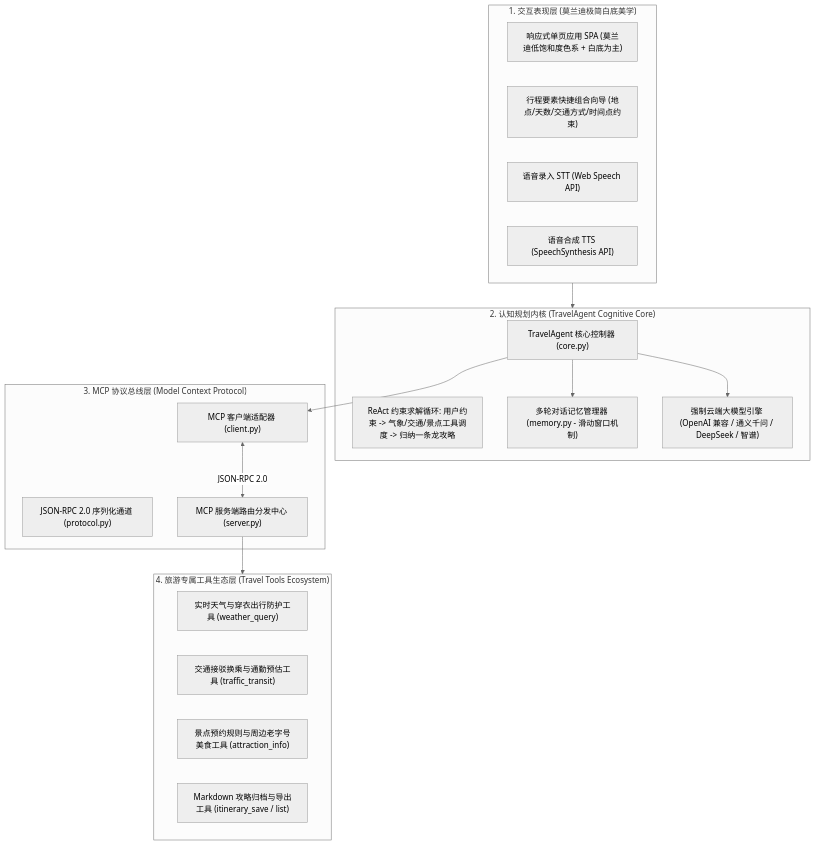
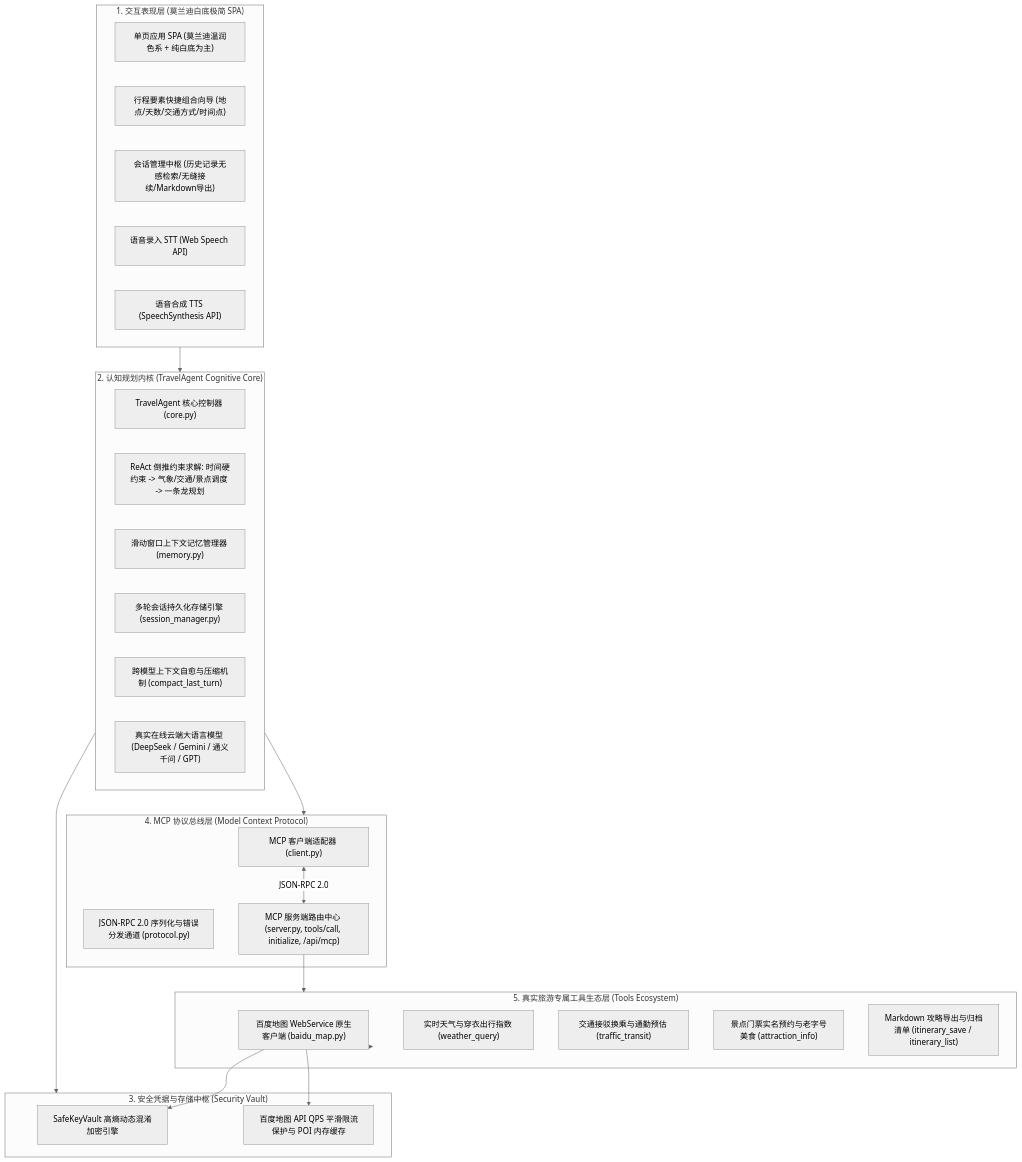
One commit to IntZhx2/IntZhx2 changed the first of 2 diagrams in smart_agent/docs/architecture.md. Above: the diagram before and after it, drawn with Mermaid (neutral theme). The commit also changed other lines of this file, not shown here.

First line of the commit message:
docs(arch): 升级架构白皮书，补充安全凭据保险箱、会话持久化与MCP协议时序图

````diff
--- a/smart_agent/docs/architecture.md
+++ b/smart_agent/docs/architecture.md
@@ -11,36 +11,47 @@
 ```mermaid
 flowchart TB
-    subgraph Presentation["1. 交互表现层 (莫兰迪极简白底美学)"]
-        WebUI["响应式单页应用 SPA (莫兰迪低饱和度色系 + 白底为主)"]
-        TravelGuideForm["行程要素快捷组合向导 (地点/天数/交通方式/时间点约束)"]
+    subgraph Presentation["1. 交互表现层 (莫兰迪白底极简 SPA)"]
+        WebUI["单页应用 SPA (莫兰迪温润色系 + 纯白底为主)"]
+        TravelGuideForm["行程要素快捷组合向导 (地点/天数/交通方式/时间点)"]
+        SessionSidebar["会话管理中枢 (历史记录无感检索/无缝接续/Markdown导出)"]
         VoiceSTT["语音录入 STT (Web Speech API)"]
         VoiceTTS["语音合成 TTS (SpeechSynthesis API)"]
     end
 
     subgraph Cognitive["2. 认知规划内核 (TravelAgent Cognitive Core)"]
         AgentCore["TravelAgent 核心控制器 (core.py)"]
-        ReActLoop["ReAct 约束求解循环: 用户约束 -> 气象/交通/景点工具调度 -> 归纳一条龙攻略"]
-        Memory["多轮对话记忆管理器 (memory.py - 滑动窗口机制)"]
-        MandatoryLLM["强制云端大模型引擎 (OpenAI 兼容 / 通义千问 / DeepSeek / 智谱)"]
+        ReActLoop["ReAct 倒推约束求解: 时间硬约束 -> 气象/交通/景点调度 -> 一条龙规划"]
+        Memory["滑动窗口上下文记忆管理器 (memory.py)"]
+        SessionMgr["多轮会话持久化存储引擎 (session_manager.py)"]
+        ContextHealer["跨模型上下文自愈与压缩机制 (compact_last_turn)"]
+        MandatoryLLM["真实在线云端大语言模型 (DeepSeek / Gemini / 通义千问 / GPT)"]
     end
 
-    subgraph Protocol["3. MCP 协议总线层 (Model Context Protocol)"]
-        MCPClient["MCP 客户端适配器 (client.py)"]
-        JSONRPC["JSON-RPC 2.0 序列化通道 (protocol.py)"]
-        MCPServer["MCP 服务端路由分发中心 (server.py)"]
+    subgraph Security["3. 安全凭据与存储中枢 (Security Vault)"]
+        KeyVault["SafeKeyVault 高熵动态混淆加密引擎"]
+        RateLimiter["百度地图 API QPS 平滑限流保护与 POI 内存缓存"]
     end
 
-    subgraph ToolsLayer["4. 旅游专属工具生态层 (Travel Tools Ecosystem)"]
-        WeatherTool["实时天气与穿衣出行防护工具 (weather_query)"]
-        TrafficTool["交通接驳换乘与通勤预估工具 (traffic_transit)"]
-        AttractionTool["景点预约规则与周边老字号美食工具 (attraction_info)"]
-        ItineraryTool["Markdown 攻略归档与导出工具 (itinerary_save / list)"]
+    subgraph Protocol["4. MCP 协议总线层 (Model Context Protocol)"]
+        MCPClient["MCP 客户端适配器 (client.py)"]
+        JSONRPC["JSON-RPC 2.0 序列化与错误分发通道 (protocol.py)"]
+        MCPServer["MCP 服务端路由中心 (server.py, tools/call, initialize, /api/mcp)"]
+    end
+
+    subgraph ToolsLayer["5. 真实旅游专属工具生态层 (Tools Ecosystem)"]
+        BaiduClient["百度地图 WebService 原生客户端 (baidu_map.py)"]
+        WeatherTool["实时天气与穿衣出行指数 (weather_query)"]
+        TrafficTool["交通接驳换乘与通勤预估 (traffic_transit)"]
+        AttractionTool["景点门票实名预约与老字号美食 (attraction_info)"]
+        ItineraryTool["Markdown 攻略导出与归档清单 (itinerary_save / itinerary_list)"]
     end
 
     Presentation --> Cognitive
-    AgentCore --> Memory
-    AgentCore --> MandatoryLLM
-    AgentCore --> MCPClient
+    Cognitive --> Security
+    Cognitive --> Protocol
     MCPClient <-->|JSON-RPC 2.0| MCPServer
     MCPServer --> ToolsLayer
+    ToolsLayer --> BaiduClient
+    BaiduClient --> RateLimiter
+    BaiduClient --> KeyVault
 ```
````
